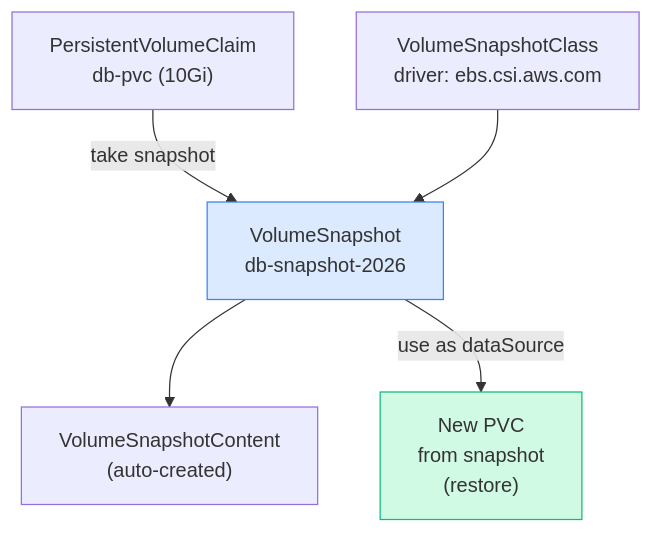
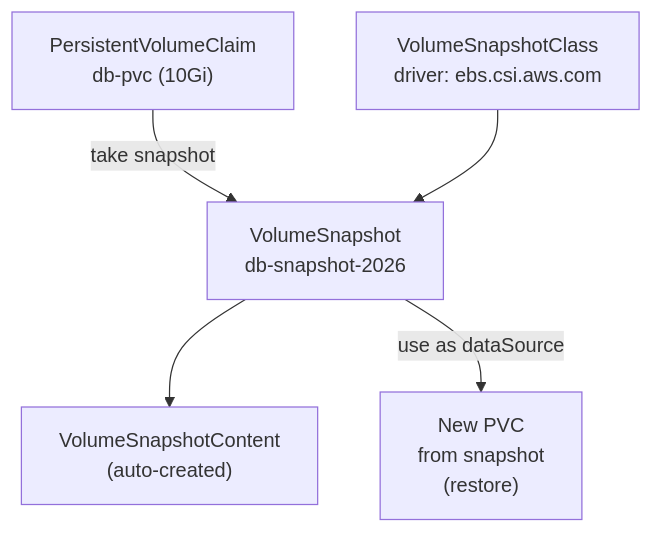
The fourth of 5 diagrams in content/cka/07-storage-pv-pvc-storageclass-volumes/overview/overview.md (Gautam4424/k8slearn-content), drawn with Mermaid before and after one commit. The commit also changed other lines of this file and 40 other files, not shown here.

Commit message:
chore: fix mermaid style regex

````diff
--- a/content/cka/07-storage-pv-pvc-storageclass-volumes/overview/overview.md
+++ b/content/cka/07-storage-pv-pvc-storageclass-volumes/overview/overview.md
@@ -365,16 +361,13 @@
 ```mermaid
 flowchart TD
     PVC["PersistentVolumeClaim\ndb-pvc (10Gi)"]
     VSC["VolumeSnapshotClass\ndriver: ebs.csi.aws.com"]
     VS["VolumeSnapshot\ndb-snapshot-2026"]
     VSContent["VolumeSnapshotContent\n(auto-created)"]
     RESTORE["New PVC\nfrom snapshot\n(restore)"]
 
     PVC -->|take snapshot| VS
     VSC --> VS
     VS --> VSContent
     VS -->|use as dataSource| RESTORE
-
-    style VS fill:#dbeafe,stroke:#3b82f6
-    style RESTORE fill:#d1fae5,stroke:#10b981
 ```
````
